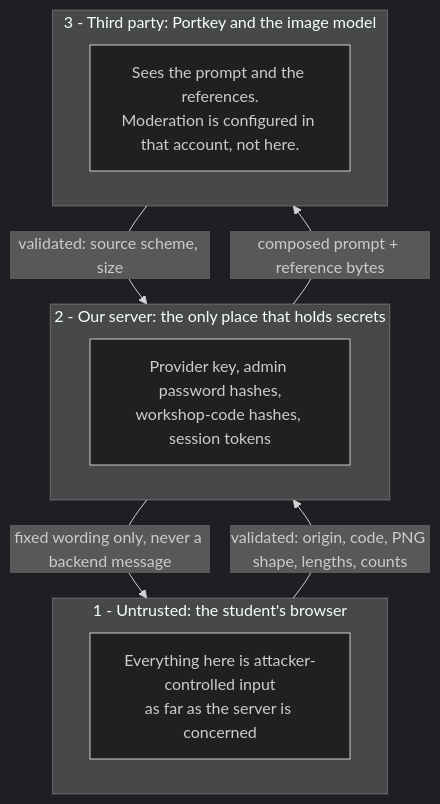
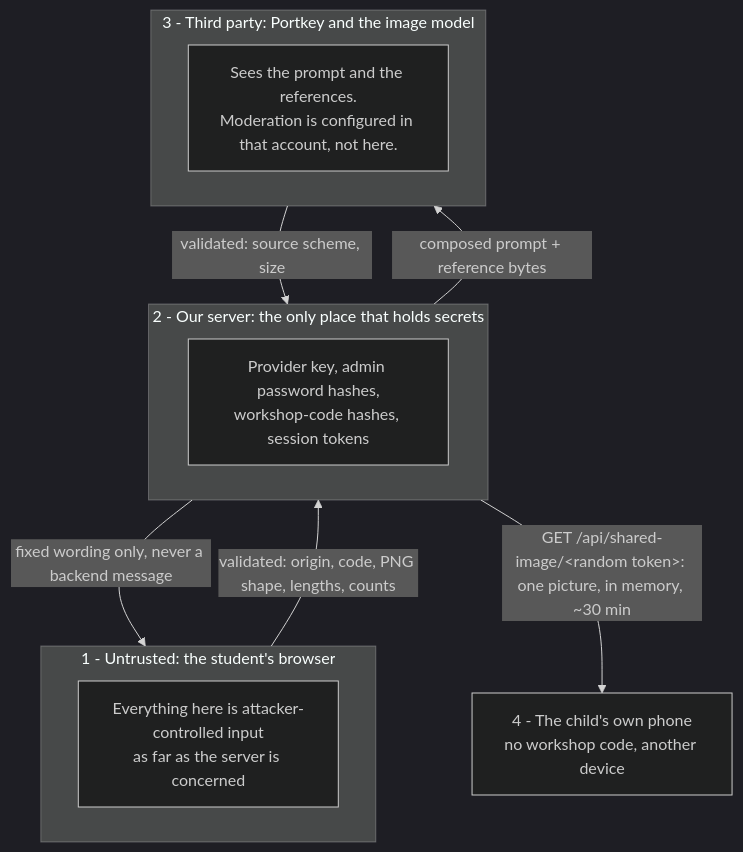
One commit to Drip1n/ai-doodle-lab changed the fourth of 4 diagrams in docs/architecture.md. Above: the diagram before and after it, drawn with Mermaid (dark theme). The commit also changed other lines of this file and 5 other files, not shown here.

````diff
--- a/docs/architecture.md
+++ b/docs/architecture.md
@@ -204,16 +213,17 @@
 ```mermaid
 flowchart TB
     subgraph tb1["1 - Untrusted: the student's browser"]
         b["Everything here is attacker-controlled input<br/>as far as the server is concerned"]
     end
     subgraph tb2["2 - Our server: the only place that holds secrets"]
         s["Provider key, admin password hashes,<br/>workshop-code hashes, session tokens"]
     end
     subgraph tb3["3 - Third party: Portkey and the image model"]
         p["Sees the prompt and the references.<br/>Moderation is configured in that account, not here."]
     end
     tb1 -->|"validated: origin, code, PNG shape, lengths, counts"| tb2
     tb2 -->|"composed prompt + reference bytes"| tb3
     tb3 -->|"validated: source scheme, size"| tb2
     tb2 -->|"fixed wording only, never a backend message"| tb1
+    tb2 -->|"GET /api/shared-image/&lt;random token&gt;: one picture, in memory, ~30 min"| phone["4 - The child's own phone<br/>no workshop code, another device"]
 ```
````
